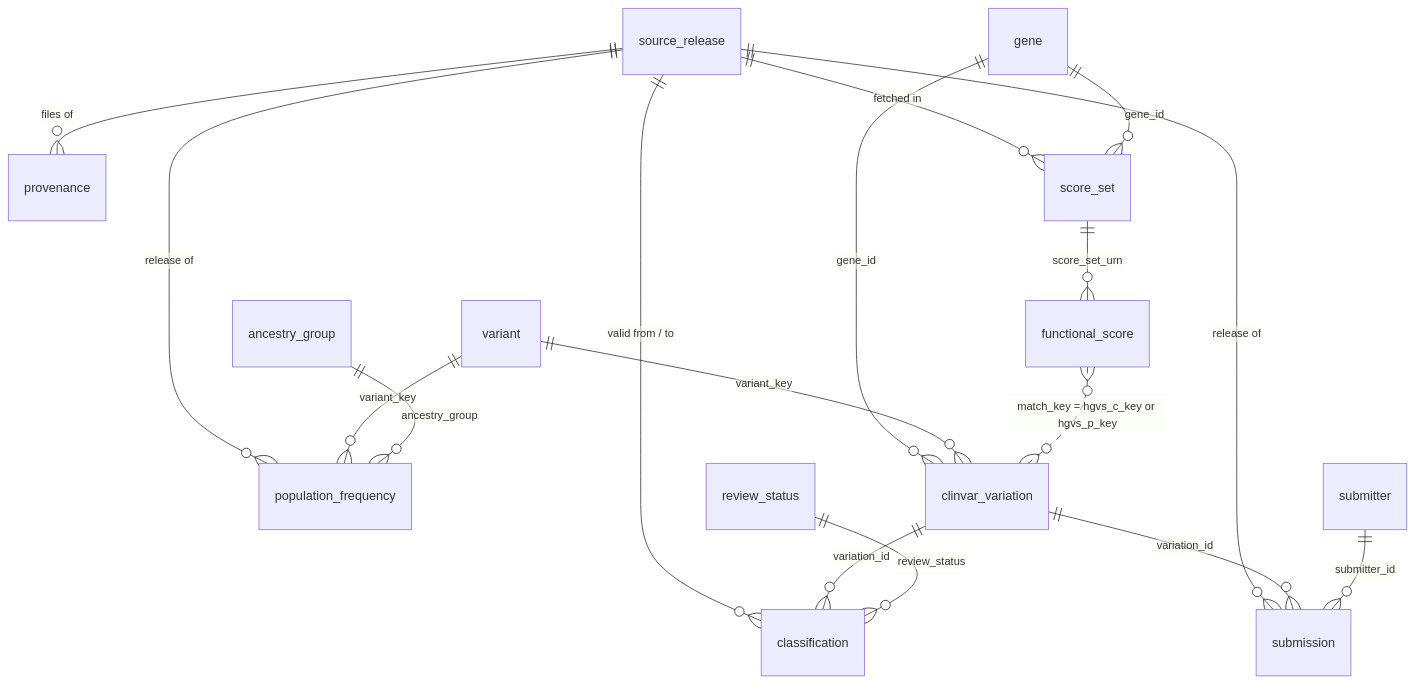
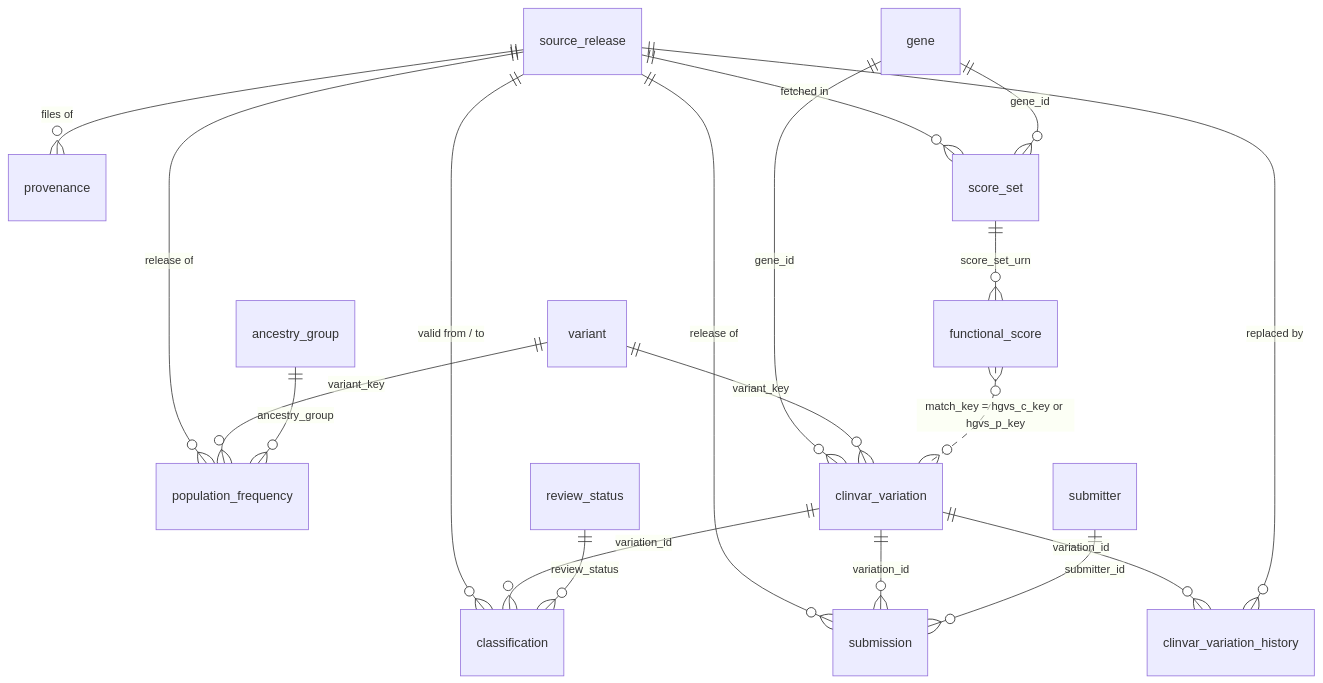
Before and after one commit to Daneshpajouh/clinvar-history: the diagram in docs/er_diagram.md, drawn with Mermaid. The commit also changed other lines of this file and 15 other files, not shown here.

````diff
--- a/docs/er_diagram.md
+++ b/docs/er_diagram.md
@@ -3,19 +3,21 @@
 ```mermaid
 erDiagram
     source_release ||--o{ provenance : "files of"
     source_release ||--o{ classification : "valid from / to"
     source_release ||--o{ submission : "release of"
     source_release ||--o{ population_frequency : "release of"
     source_release ||--o{ score_set : "fetched in"
     gene ||--o{ clinvar_variation : "gene_id"
     gene ||--o{ score_set : "gene_id"
     variant ||--o{ clinvar_variation : "variant_key"
     variant ||--o{ population_frequency : "variant_key"
     clinvar_variation ||--o{ classification : "variation_id"
     clinvar_variation ||--o{ submission : "variation_id"
+    clinvar_variation ||--o{ clinvar_variation_history : "variation_id"
+    source_release ||--o{ clinvar_variation_history : "replaced by"
     submitter ||--o{ submission : "submitter_id"
     review_status ||--o{ classification : "review_status"
     ancestry_group ||--o{ population_frequency : "ancestry_group"
     score_set ||--o{ functional_score : "score_set_urn"
     functional_score }o..o{ clinvar_variation : "match_key = hgvs_c_key or hgvs_p_key"
 ```
````
